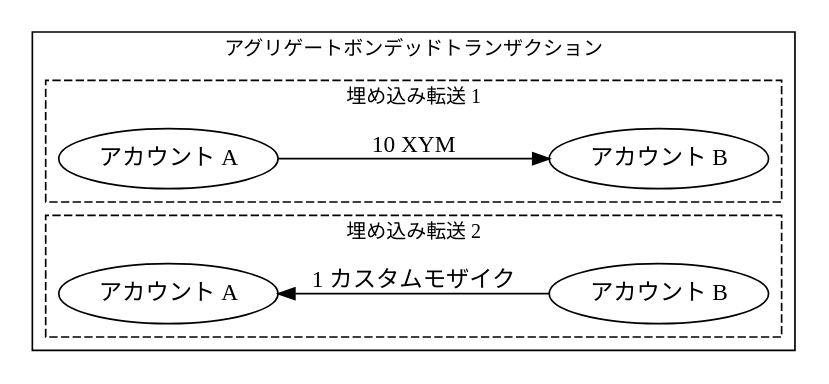
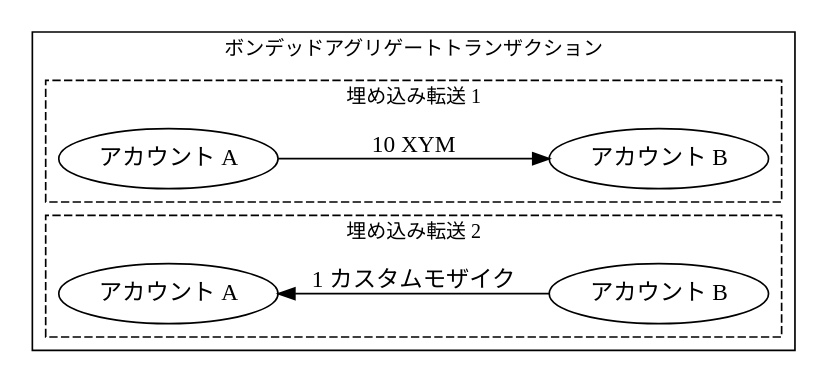
Before and after one commit to symbol/symbol: the diagram in mkdocs/pages/ja/devbook/transactions/bonded-aggregate.md, drawn with Graphviz. The commit also changed other lines of this file and 31 other files, not shown here.

````diff
--- a/mkdocs/pages/ja/devbook/transactions/bonded-aggregate.md
+++ b/mkdocs/pages/ja/devbook/transactions/bonded-aggregate.md
@@ -12,26 +12,26 @@
 ```dot
 digraph {
     rankdir="LR";
     fontsize=12;
     subgraph clusterAggregate {
-        label = "アグリゲートボンデッドトランザクション";
-        tooltip = "アグリゲートボンデッドトランザクション";
+        label = "ボンデッドアグリゲートトランザクション";
+        tooltip = "ボンデッドアグリゲートトランザクション";
         subgraph clusterT1 {
             label = "埋め込み転送 1";
             tooltip = "埋め込み転送 1";
             style = dashed;
             A2 [label="アカウント A" tooltip="アカウント A"];
             B2 [label="アカウント B" tooltip="アカウント B"];
             A2 -> B2 [label="10 XYM"];
         }
         subgraph clusterT2 {
           label = "埋め込み転送 2";
           tooltip = "埋め込み転送 2";
           style = dashed;
           A1 [label="アカウント A" tooltip="アカウント A"];
           B1 [label="アカウント B" tooltip="アカウント B"];
           A1 -> B1 [label="1 カスタムモザイク" dir=back];
         }
     }
 }
 ```
````
